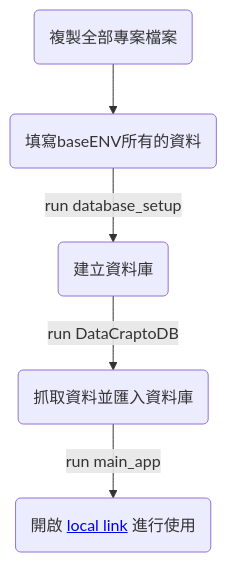
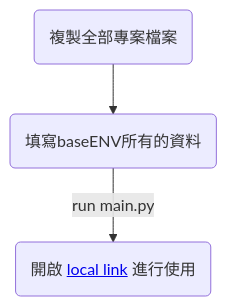
One commit to kid126987/Company_Stock_and_patnetinfo changed the diagram in README.md. Above: the diagram before and after it, drawn with Mermaid.

Commit message:
Update README.md
整合main.py，修改流程

````diff
--- a/README.md
+++ b/README.md
@@ -33,9 +33,7 @@
 ```mermaid
    flowchart TB
 
    A(複製全部專案檔案) --> B(填寫baseENV所有的資料)
-   B(填寫baseENV所有的資料) -->|run database_setup| C( 建立資料庫)
-   C(建立資料庫) -->|run DataCraptoDB| D(抓取資料並匯入資料庫)
-   D(抓取資料並匯入資料庫) -->|run main_app| E(開啟 <a href='http://127.0.0.1:7860/'>local link</a> 進行使用)
+   B(填寫baseENV所有的資料) -->|run main.py| C(開啟 <a href='http://127.0.0.1:7860/'>local link</a> 進行使用)
 
 ```
````
